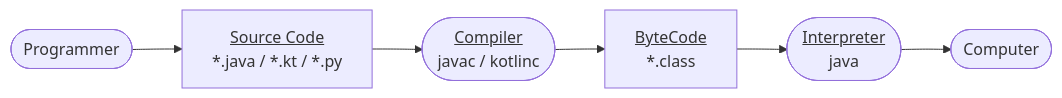
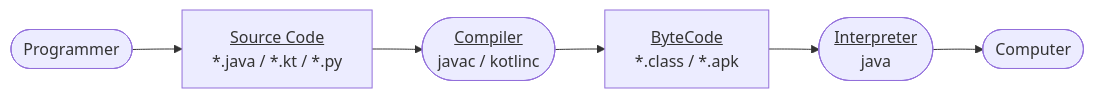
The fourth of 5 diagrams in L1.md (Animeshz/FOSS), drawn with Mermaid before and after one commit. The commit also changed 1 other file, not shown here.

Commit message:
Update L1

````diff
--- a/L1.md
+++ b/L1.md
@@ -412,6 +412,6 @@
 ```mermaid
 flowchart LR
-  A[<u>Source Code</u><br>*.java / *.kt / *.py] --> B([<u>Compiler</u><br>javac / kotlinc]) --> C[<u>ByteCode</u><br>*.class] --> F([<u>Interpreter</u><br>java])
+  A[<u>Source Code</u><br>*.java / *.kt / *.py] --> B([<u>Compiler</u><br>javac / kotlinc]) --> C[<u>ByteCode</u><br>*.class / *.apk] --> F([<u>Interpreter</u><br>java])
   D([Programmer]) --> A
   F --> E([Computer])
 ```
````
